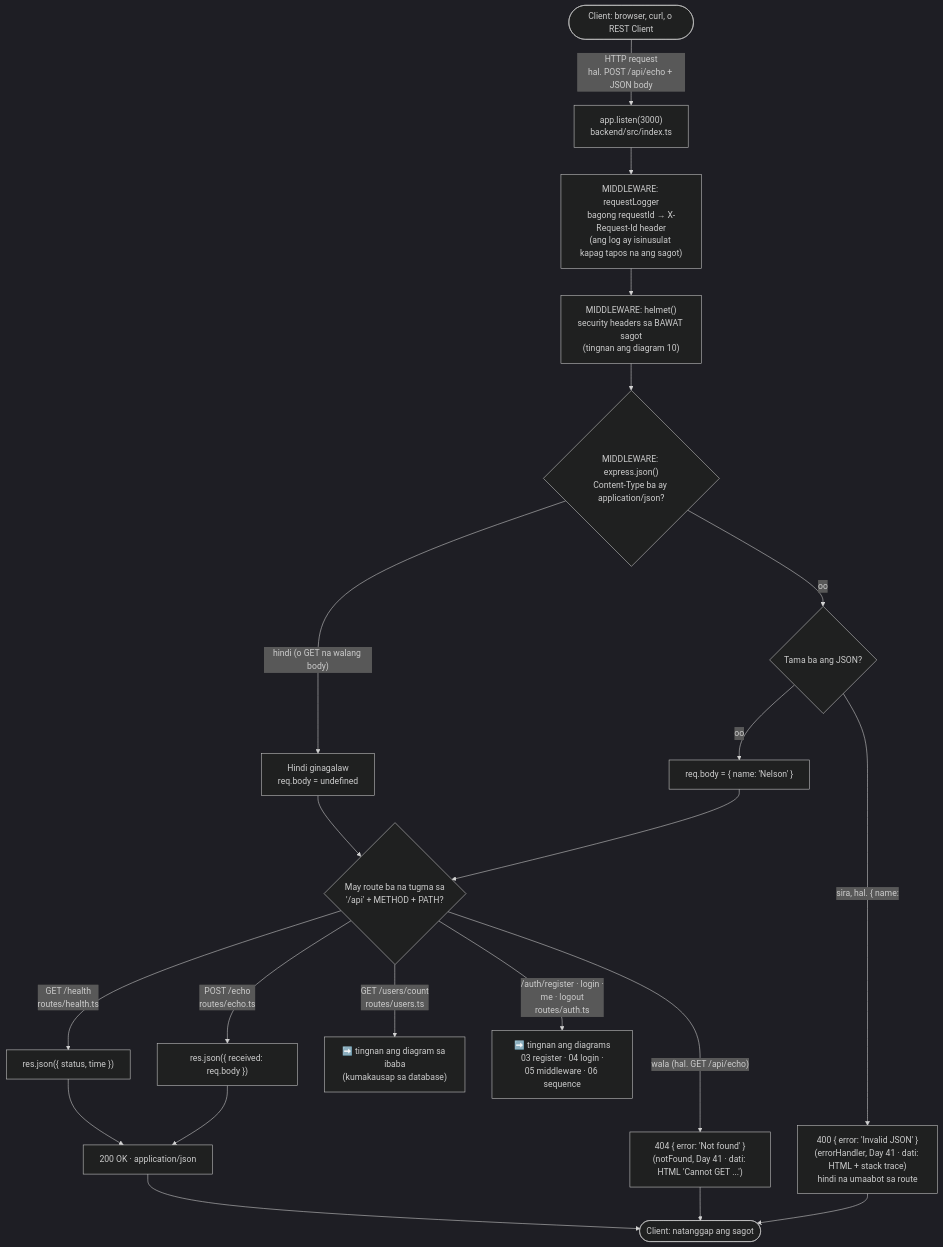
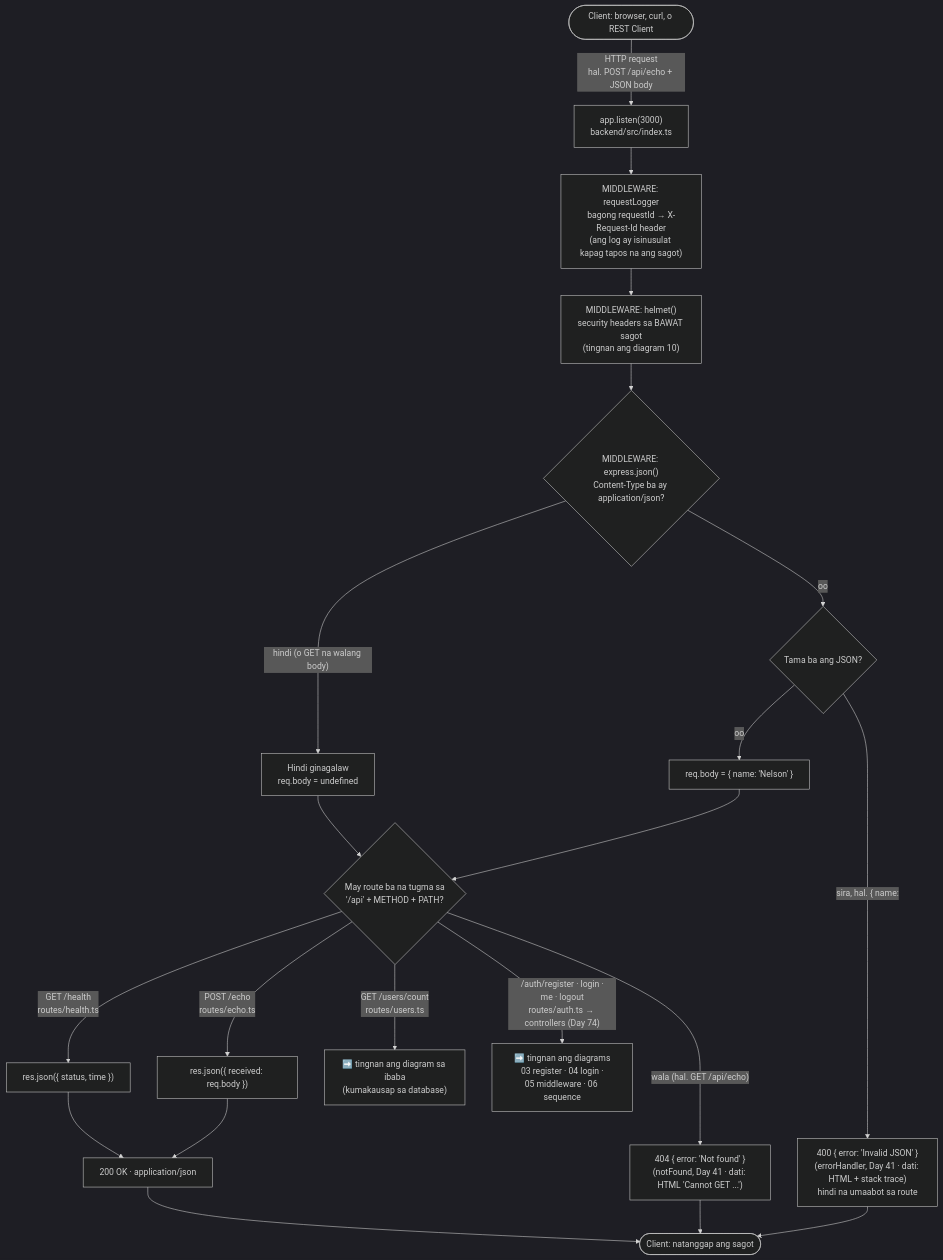
Before and after one commit to nelson1869-ai/auth-learning: the first of 3 diagrams in docs/diagrams/01-request-lifecycle.md, drawn with Mermaid (dark theme). The commit also changed 14 other files, not shown here.

First line of the commit message:
docs: Day 74 controller/service in diagrams, .http, architecture, journal

````diff
--- a/docs/diagrams/01-request-lifecycle.md
+++ b/docs/diagrams/01-request-lifecycle.md
@@ -10,23 +10,23 @@
 ```mermaid
 flowchart TD
     Start(["Client: browser, curl, o REST Client"]) -->|"HTTP request<br/>hal. POST /api/echo + JSON body"| Listen["app.listen(3000)<br/>backend/src/index.ts"]
     Listen --> Log["MIDDLEWARE: requestLogger<br/>bagong requestId → X-Request-Id header<br/>(ang log ay isinusulat kapag tapos na ang sagot)"]
     Log --> Helmet["MIDDLEWARE: helmet()<br/>security headers sa BAWAT sagot<br/>(tingnan ang diagram 10)"]
     Helmet --> Json{"MIDDLEWARE: express.json()<br/>Content-Type ba ay application/json?"}
     Json -->|"hindi (o GET na walang body)"| Skip["Hindi ginagalaw<br/>req.body = undefined"]
     Json -->|"oo"| Parse{"Tama ba ang JSON?"}
     Parse -->|"oo"| Body["req.body = { name: 'Nelson' }"]
     Parse -->|"sira, hal. { name:"| Bad["400 { error: 'Invalid JSON' }<br/>(errorHandler, Day 41 · dati: HTML + stack trace)<br/>hindi na umaabot sa route"]
     Skip --> Match
     Body --> Match{"May route ba na tugma sa<br/>'/api' + METHOD + PATH?"}
     Match -->|"GET /health<br/>routes/health.ts"| Health["res.json({ status, time })"]
     Match -->|"POST /echo<br/>routes/echo.ts"| Echo["res.json({ received: req.body })"]
     Match -->|"GET /users/count<br/>routes/users.ts"| Users["➡️ tingnan ang diagram sa ibaba<br/>(kumakausap sa database)"]
-    Match -->|"/auth/register · login ·<br/>me · logout<br/>routes/auth.ts"| AuthR["➡️ tingnan ang diagrams<br/>03 register · 04 login ·<br/>05 middleware · 06 sequence"]
+    Match -->|"/auth/register · login ·<br/>me · logout<br/>routes/auth.ts → controllers (Day 74)"| AuthR["➡️ tingnan ang diagrams<br/>03 register · 04 login ·<br/>05 middleware · 06 sequence"]
     Match -->|"wala (hal. GET /api/echo)"| NotFound["404 { error: 'Not found' }<br/>(notFound, Day 41 · dati: HTML 'Cannot GET ...')"]
     Health --> OK["200 OK · application/json"]
     Echo --> OK
     OK --> Done(["Client: natanggap ang sagot"])
     Bad --> Done
     NotFound --> Done
 ```
````
